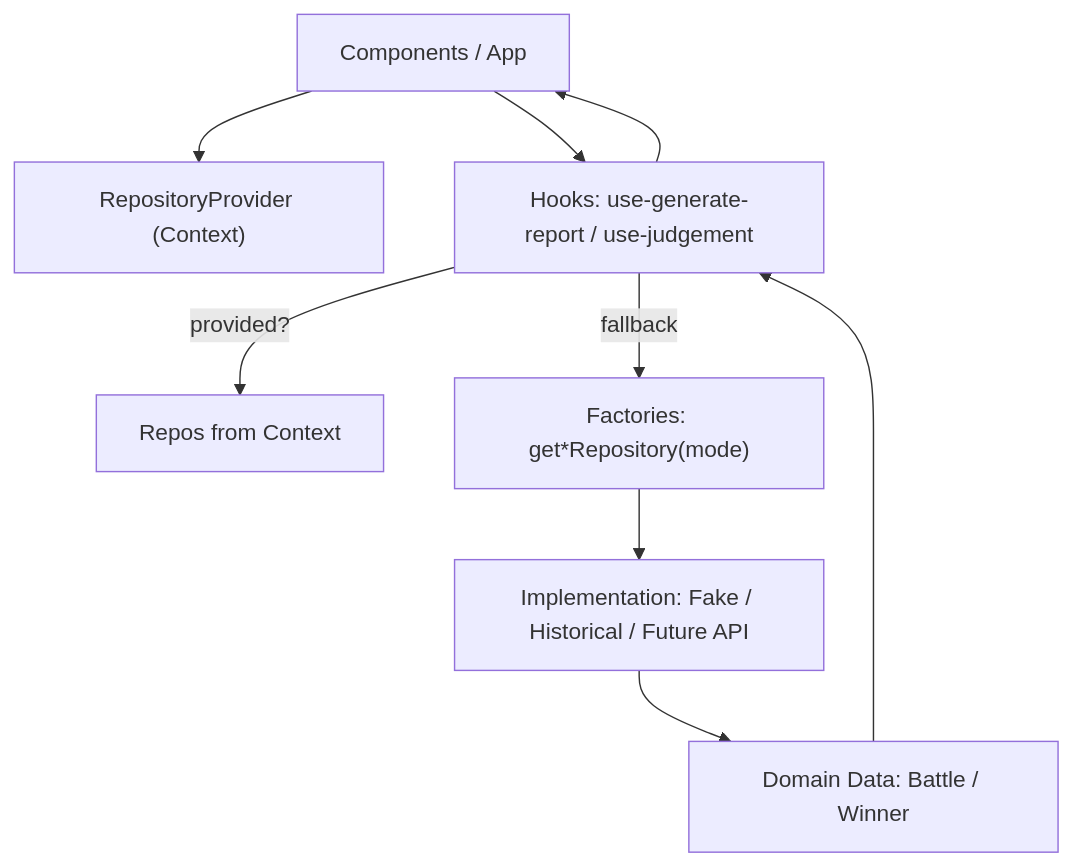
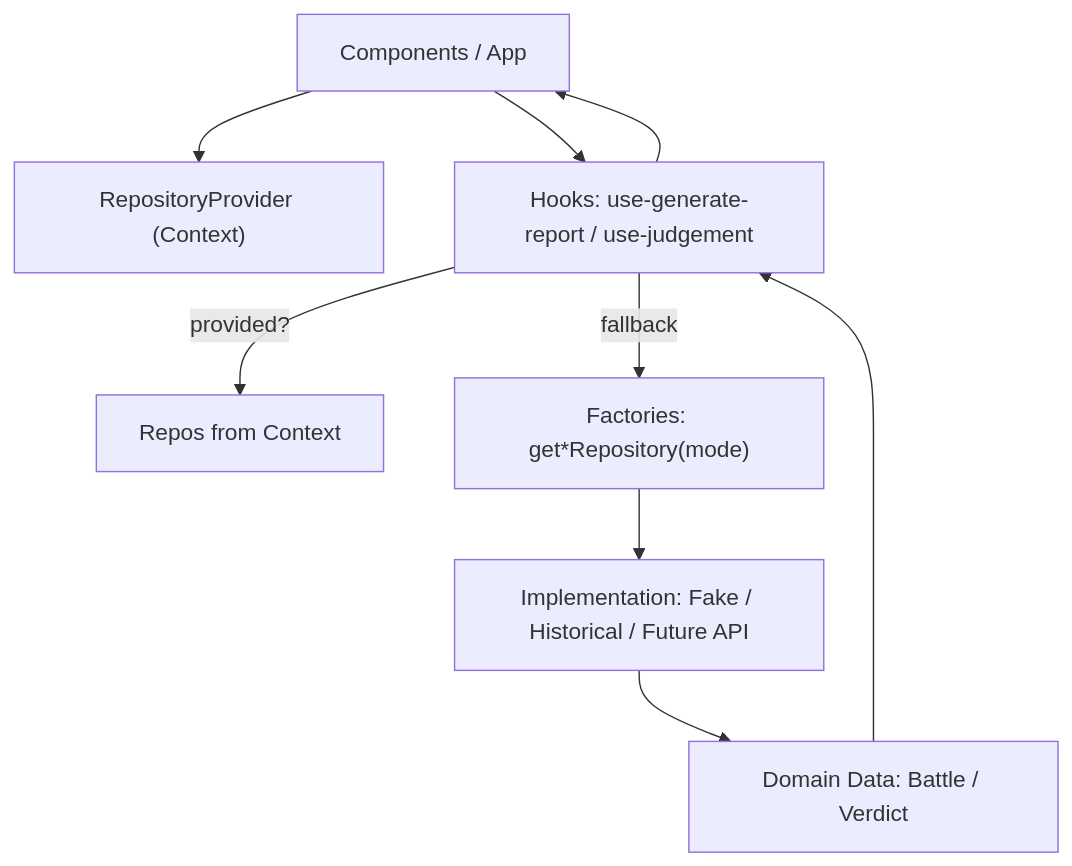
One commit to F88/yonokomae changed the first of 3 diagrams in docs/DEVELOPMENT_JA.md. Above: the diagram before and after it, drawn with Mermaid. The commit also changed other lines of this file and 29 other files, not shown here.

First line of the commit message:
feat(core): migrate determineWinner to return Verdict

````diff
--- a/docs/DEVELOPMENT_JA.md
+++ b/docs/DEVELOPMENT_JA.md
@@ -59,19 +59,19 @@
 ```mermaid
 flowchart TD
   A["Components / App"]
   B["RepositoryProvider (Context)"]
   C["Hooks: use-generate-report / use-judgement"]
   D["Repos from Context"]
   E["Factories: get*Repository(mode)"]
   F["Implementation: Fake / Historical / Future API"]
-  G["Domain Data: Battle / Winner"]
+    G["Domain Data: Battle / Verdict"]
 
   A --> B
   A --> C
   C -->|provided?| D
   C -->|fallback| E
   E --> F
   F --> G
   G --> C
   C --> A
 ```
````
